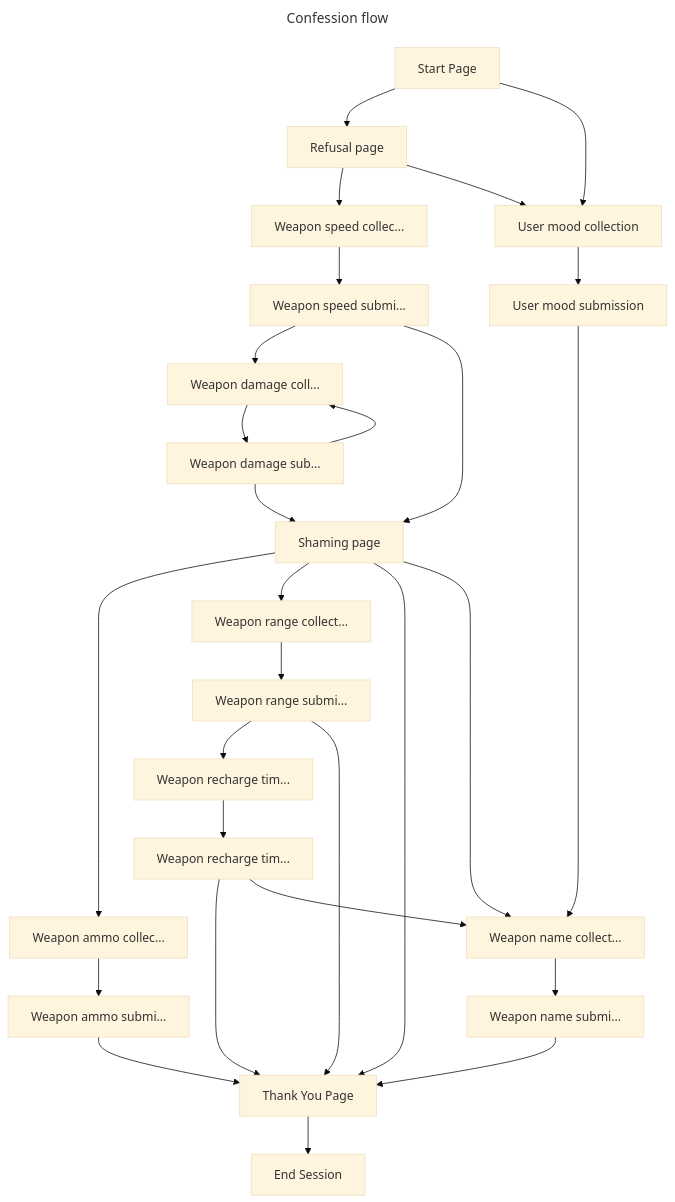
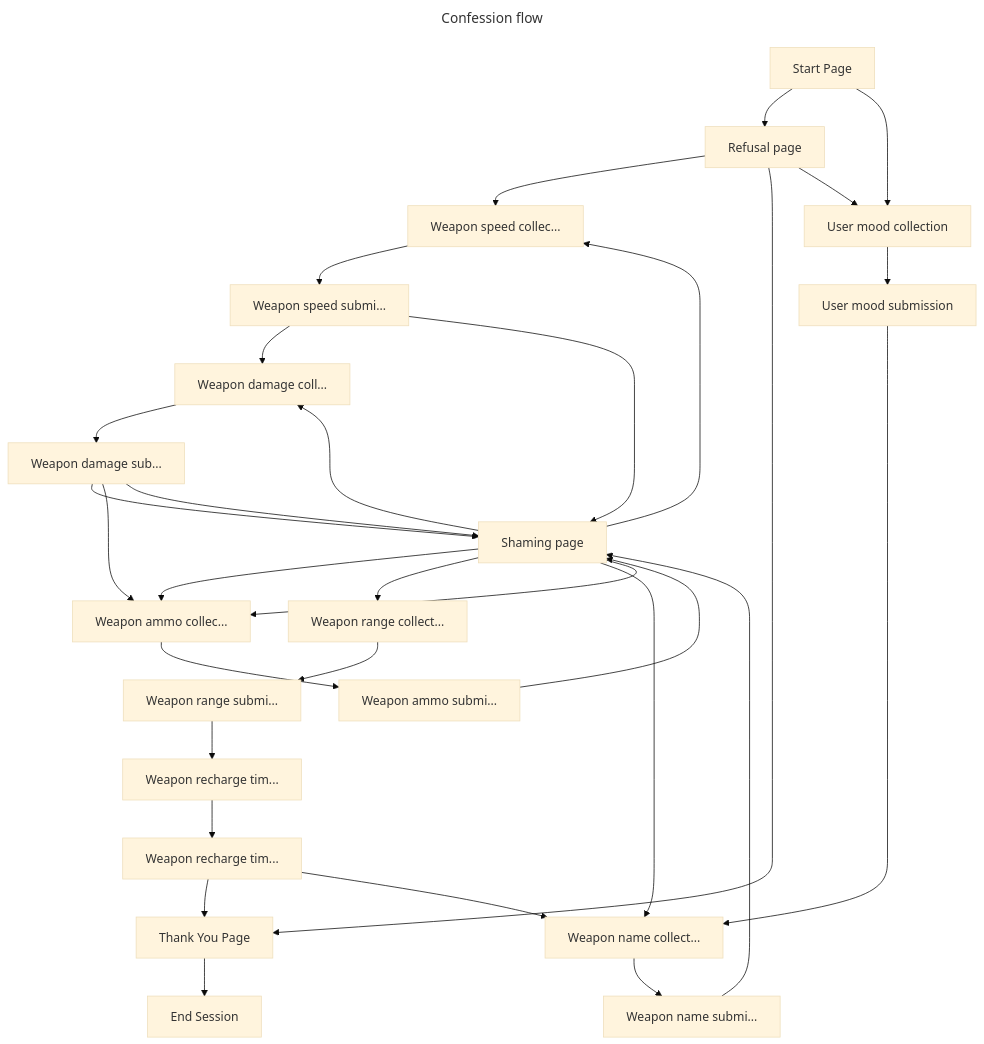
One commit to rchDev/game-of-points changed the second of 2 diagrams in docs/conv-agent.md. Above: the diagram before and after it, drawn with Mermaid (base theme).

Commit message:
Update conv-agent.md, partial diagram fix before heading out

````diff
--- a/docs/conv-agent.md
+++ b/docs/conv-agent.md
@@ -49,35 +49,40 @@
 ```mermaid
 ---
 title: Confession flow
 ---
 graph TD
     StartPage["Start Page"] --> RefusalPage["Refusal page"]
     StartPage --> UserMoodCollection["User mood collection"]
     RefusalPage --> WeaponSpeedCollection["Weapon speed collec..."]
     WeaponSpeedCollection --> WeaponSpeedSubmission["Weapon speed submi..."]
     WeaponSpeedSubmission --> WeaponDamageCollection["Weapon damage coll..."]
     WeaponDamageCollection --> WeaponDamageSubmission["Weapon damage sub..."]
     WeaponDamageSubmission --> ShamingPage["Shaming page"]
     ShamingPage --> WeaponAmmoCollection["Weapon ammo collec..."]
     WeaponAmmoCollection --> WeaponAmmoSubmission["Weapon ammo submi..."]
     ShamingPage --> WeaponRangeCollection["Weapon range collect..."]
     WeaponRangeCollection --> WeaponRangeSubmission["Weapon range submi..."]
     WeaponRangeSubmission --> WeaponRechargeTimeCollection["Weapon recharge tim..."]
     WeaponRechargeTimeCollection --> WeaponRechargeTimeSubmission["Weapon recharge tim..."]
     WeaponRechargeTimeSubmission --> ThankYouPage["Thank You Page"]
     ThankYouPage --> EndSession["End Session"]
+    RefusalPage --> ThankYouPage
 
     UserMoodCollection --> UserMoodSubmission["User mood submission"]
     UserMoodSubmission --> WeaponNameCollection["Weapon name collect..."]
     WeaponNameCollection --> WeaponNameSubmission["Weapon name submi..."]
-    WeaponNameSubmission --> ThankYouPage
 
     RefusalPage --> UserMoodCollection
+    WeaponDamageSubmission --> WeaponAmmoCollection
+    WeaponRechargeTimeSubmission --> WeaponNameCollection
+
+    WeaponNameSubmission --> ShamingPage
     WeaponSpeedSubmission --> ShamingPage
-    WeaponDamageSubmission --> WeaponDamageCollection
-    ShamingPage --> ThankYouPage
+    WeaponDamageSubmission --> ShamingPage
+    WeaponAmmoSubmission --> ShamingPage
+
     ShamingPage --> WeaponNameCollection
-    WeaponAmmoSubmission --> ThankYouPage
-    WeaponRangeSubmission --> ThankYouPage
-    WeaponRechargeTimeSubmission --> WeaponNameCollection
+    ShamingPage --> WeaponSpeedCollection
+    ShamingPage --> WeaponDamageCollection
+    ShamingPage --> WeaponAmmoCollection
 ```
````
